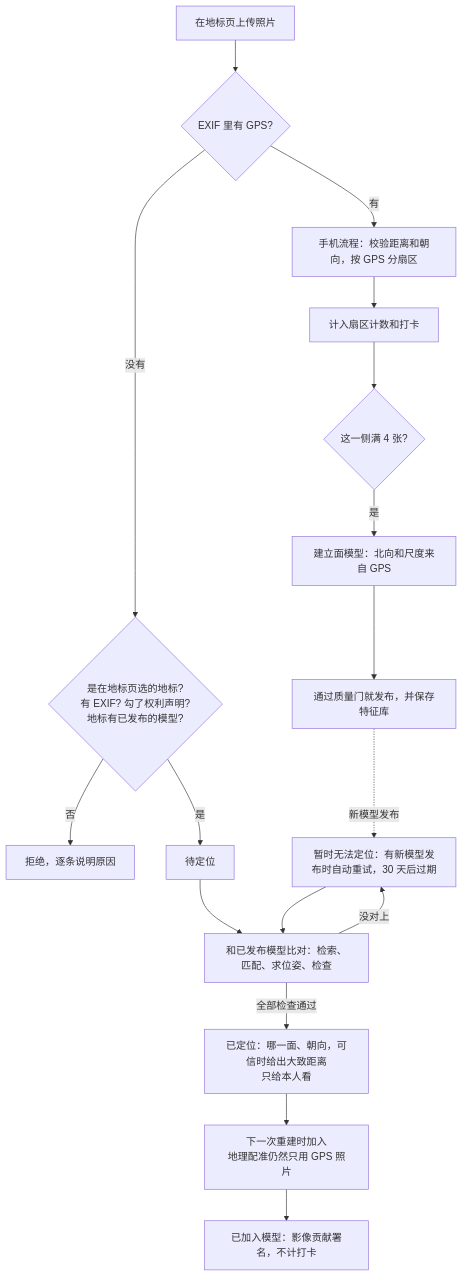
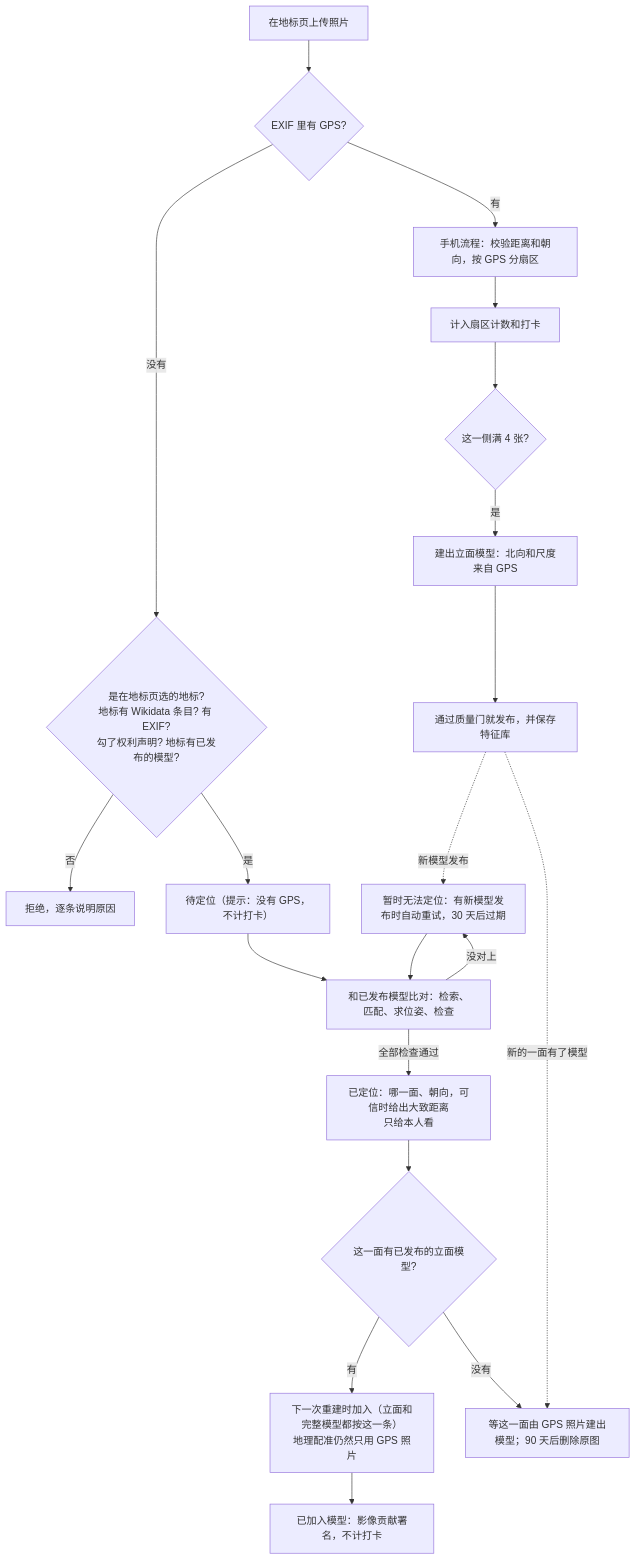
The first of 2 diagrams in docs/VISUAL_LOCALIZATION.md (h2zh/temp), drawn with Mermaid before and after one commit. The commit also changed other lines of this file, not shown here.

First line of the commit message:
Visual-localization design for GPS-less camera photos, measured on real photos

````diff
--- a/docs/VISUAL_LOCALIZATION.md
+++ b/docs/VISUAL_LOCALIZATION.md
@@ -69,19 +86,22 @@
 ```mermaid
 flowchart TD
   A["在地标页上传照片"] --> B{"EXIF 里有 GPS?"}
   B -- "有" --> C["手机流程：校验距离和朝向，按 GPS 分扇区"]
   C --> D["计入扇区计数和打卡"]
   D --> E{"这一侧满 4 张?"}
-  E -- "是" --> F["建立面模型：北向和尺度来自 GPS"]
+  E -- "是" --> F["建出立面模型：北向和尺度来自 GPS"]
   F --> G["通过质量门就发布，并保存特征库"]
-  B -- "没有" --> H{"是在地标页选的地标?<br/>有 EXIF? 勾了权利声明?<br/>地标有已发布的模型?"}
+  B -- "没有" --> H{"是在地标页选的地标?<br/>地标有 Wikidata 条目? 有 EXIF?<br/>勾了权利声明? 地标有已发布的模型?"}
   H -- "否" --> R["拒绝，逐条说明原因"]
-  H -- "是" --> I["待定位"]
+  H -- "是" --> I["待定位（提示：没有 GPS，不计打卡）"]
   I --> J["和已发布模型比对：检索、匹配、求位姿、检查"]
   J -- "全部检查通过" --> K["已定位：哪一面、朝向，可信时给出大致距离<br/>只给本人看"]
   J -- "没对上" --> L["暂时无法定位：有新模型发布时自动重试，30 天后过期"]
   L --> J
-  K --> M["下一次重建时加入<br/>地理配准仍然只用 GPS 照片"]
+  K --> P{"这一面有已发布的立面模型?"}
+  P -- "有" --> M["下一次重建时加入（立面和完整模型都按这一条）<br/>地理配准仍然只用 GPS 照片"]
+  P -- "没有" --> Q["等这一面由 GPS 照片建出模型；90 天后删除原图"]
   M --> N["已加入模型：影像贡献署名，不计打卡"]
   G -. "新模型发布" .-> L
+  G -. "新的一面有了模型" .-> Q
 ```
````
